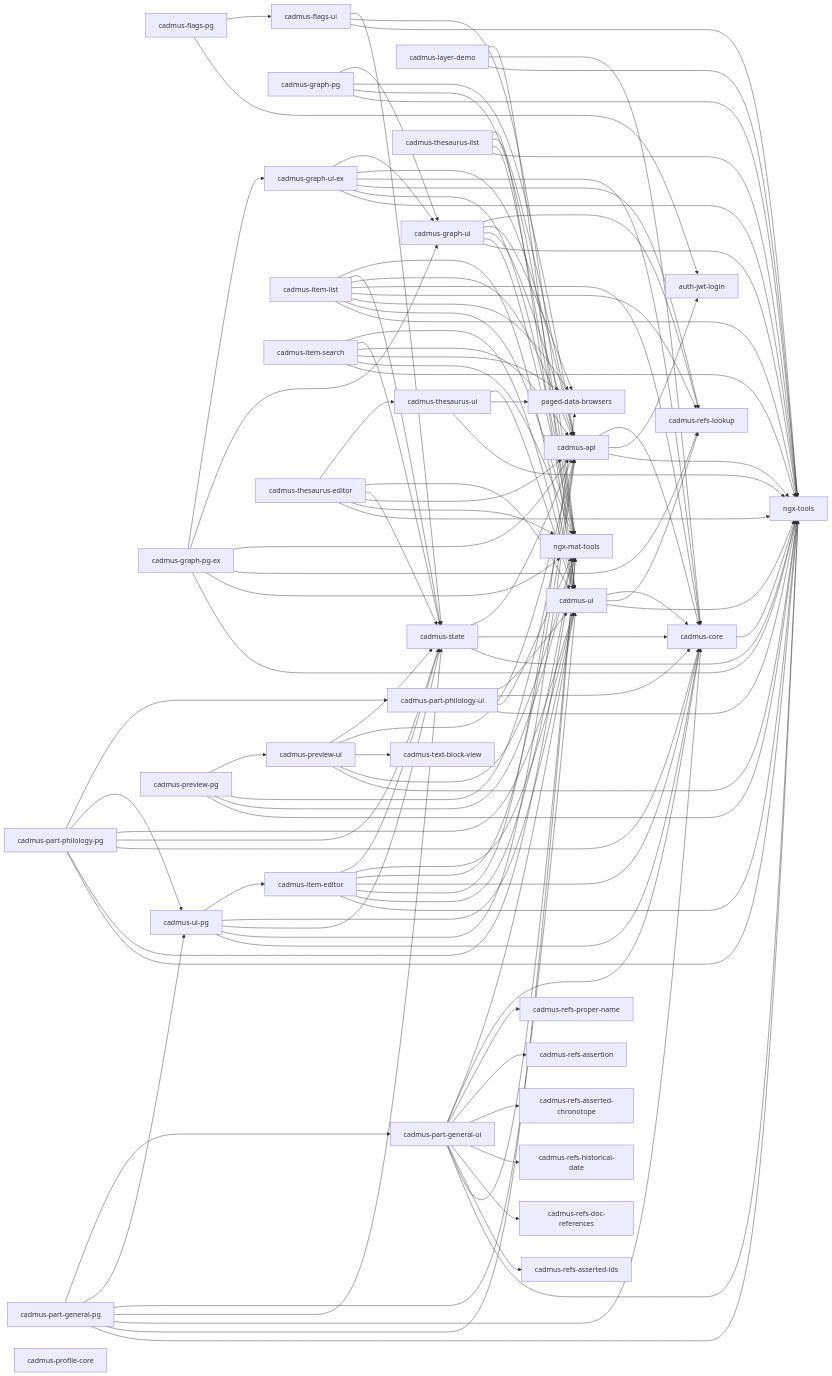
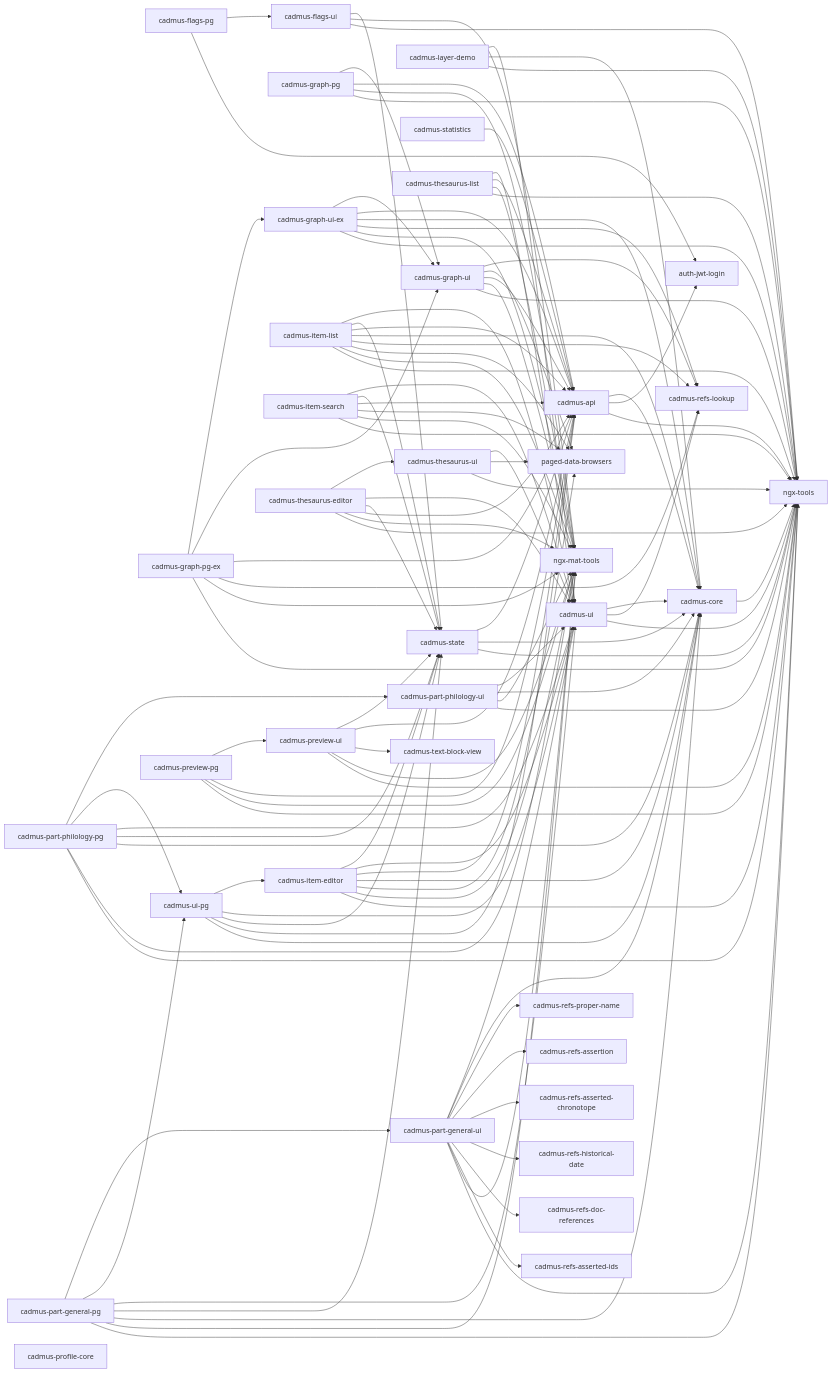
One commit to vedph/cadmus-shell-v3 changed the diagram in README.md. Above: the diagram before and after it, drawn with Mermaid. The commit also changed other lines of this file and 2 other files, not shown here.

```diff
--- a/README.md
+++ b/README.md
@@ -144,6 +145,7 @@
   cadmus-state --> ngx-tools
   cadmus-state --> cadmus-core
   cadmus-state --> cadmus-api
+  cadmus-statistics --> cadmus-api
   cadmus-thesaurus-editor --> ngx-tools
   cadmus-thesaurus-editor --> ngx-mat-tools
   cadmus-thesaurus-editor --> cadmus-api
```
